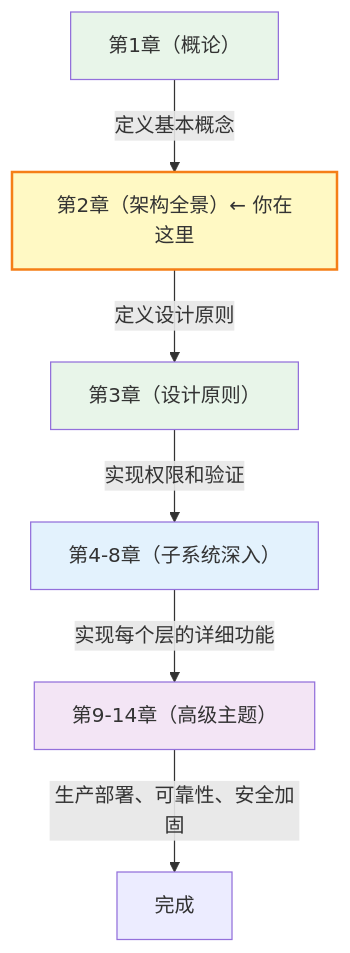
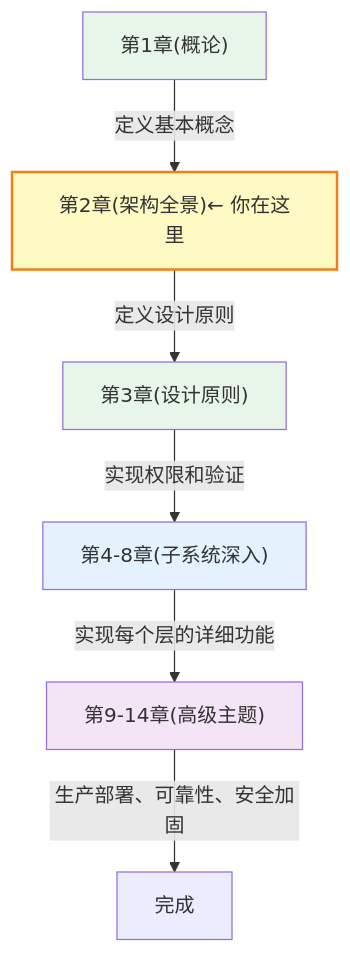
One commit to yeasy/harness_engineering_guide changed the third of 3 diagrams in 02_architecture/summary.md. Above: the diagram before and after it, drawn with Mermaid. The commit also changed other lines of this file and 2 other files, not shown here.

Commit message:
Fix figure numbering in Ch2 and Ch7

````diff
--- a/02_architecture/summary.md
+++ b/02_architecture/summary.md
@@ -197,14 +197,14 @@
 ```mermaid
 flowchart TD
-    A["第1章（概论）"] -->|定义基本概念| B["第2章（架构全景）← 你在这里"]
-    B -->|定义设计原则| C["第3章（设计原则）"]
-    C -->|实现权限和验证| D["第4-8章（子系统深入）"]
-    D -->|实现每个层的详细功能| E["第9-14章（高级主题）"]
+    A["第1章(概论)"] -->|定义基本概念| B["第2章(架构全景)← 你在这里"]
+    B -->|定义设计原则| C["第3章(设计原则)"]
+    C -->|实现权限和验证| D["第4-8章(子系统深入)"]
+    D -->|实现每个层的详细功能| E["第9-14章(高级主题)"]
     E -->|生产部署、可靠性、安全加固| F["完成"]
 
     style A fill:#e8f5e9
     style B fill:#fff9c4,stroke:#f57f17,stroke-width:2px
     style C fill:#e8f5e9
     style D fill:#e3f2fd
     style E fill:#f3e5f5
 ```
````
